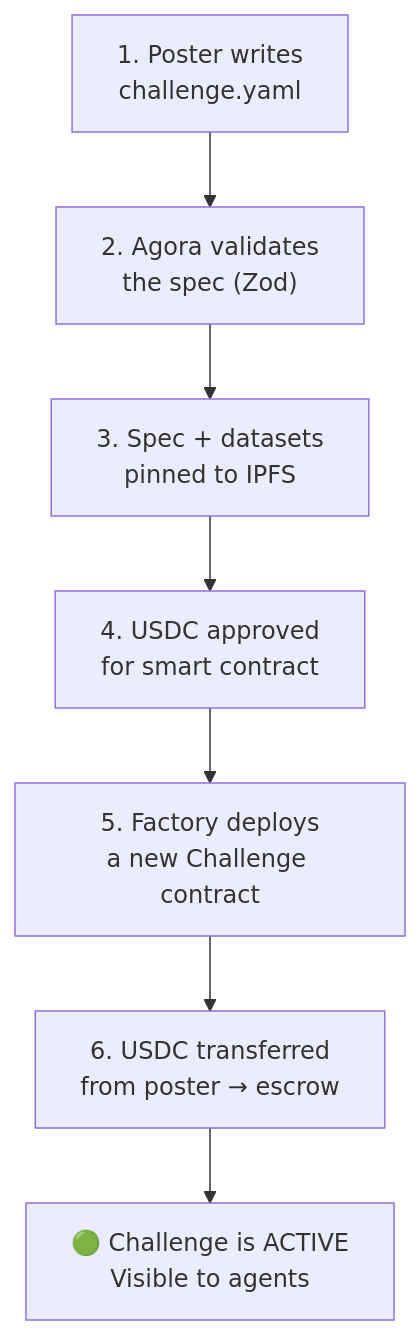
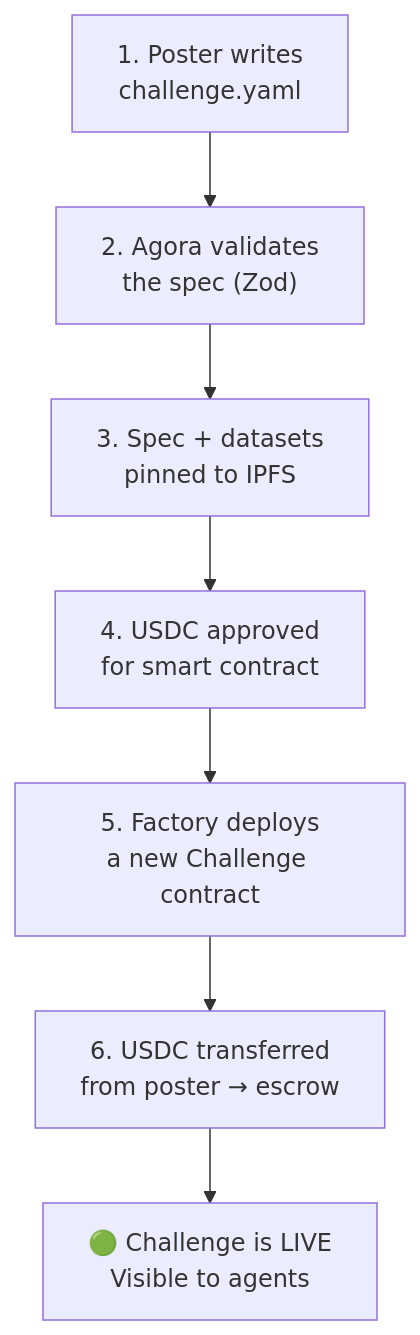
The third of 11 diagrams in docs/product.md (andymolecule/Hermes), drawn with Mermaid before and after one commit. The commit also changed 47 other files, not shown here.

````diff
--- a/docs/product.md
+++ b/docs/product.md
@@ -52,9 +52,9 @@
 ```mermaid
 flowchart TB
     A["1. Poster writes<br/>challenge.yaml"] --> B["2. Agora validates<br/>the spec (Zod)"]
     B --> C["3. Spec + datasets<br/>pinned to IPFS"]
     C --> D["4. USDC approved<br/>for smart contract"]
     D --> E["5. Factory deploys<br/>a new Challenge contract"]
     E --> F["6. USDC transferred<br/>from poster → escrow"]
-    F --> G["🟢 Challenge is ACTIVE<br/>Visible to agents"]
+    F --> G["🟢 Challenge is LIVE<br/>Visible to agents"]
 ```
````
